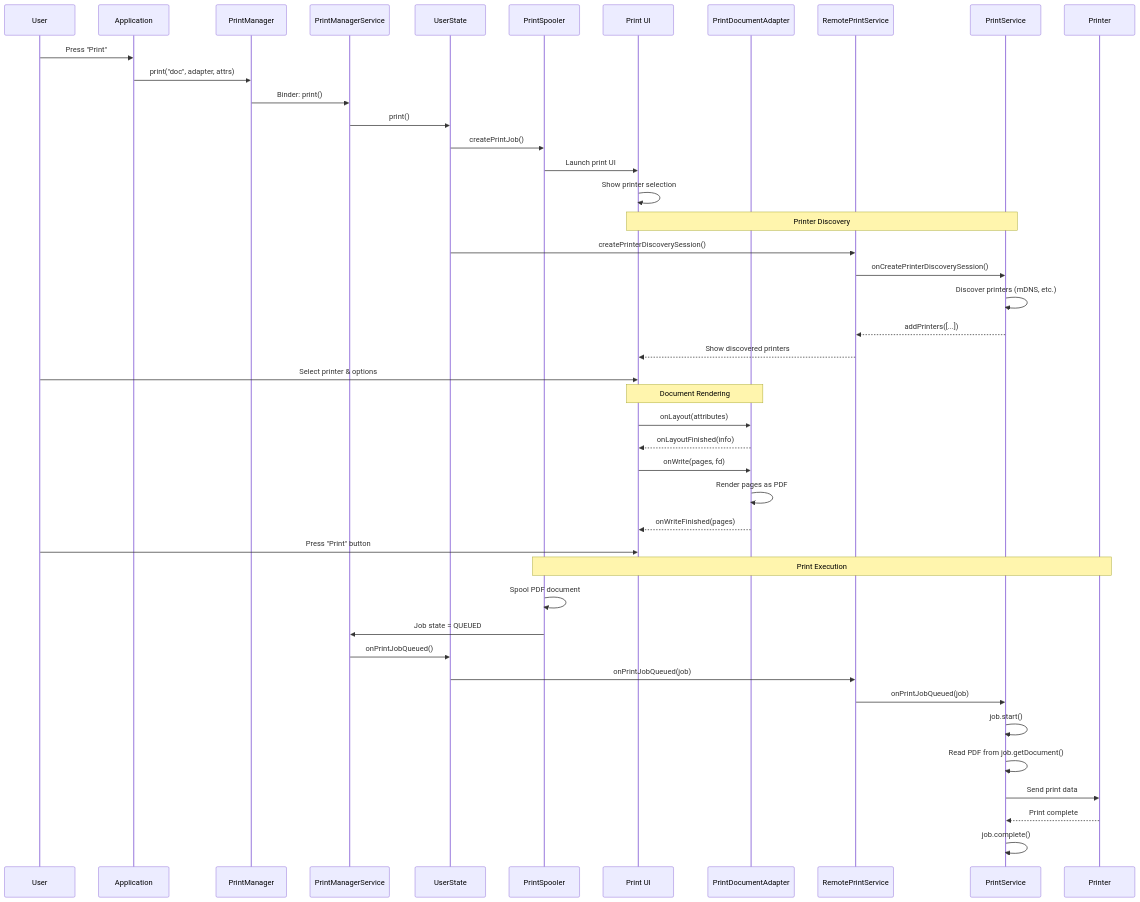
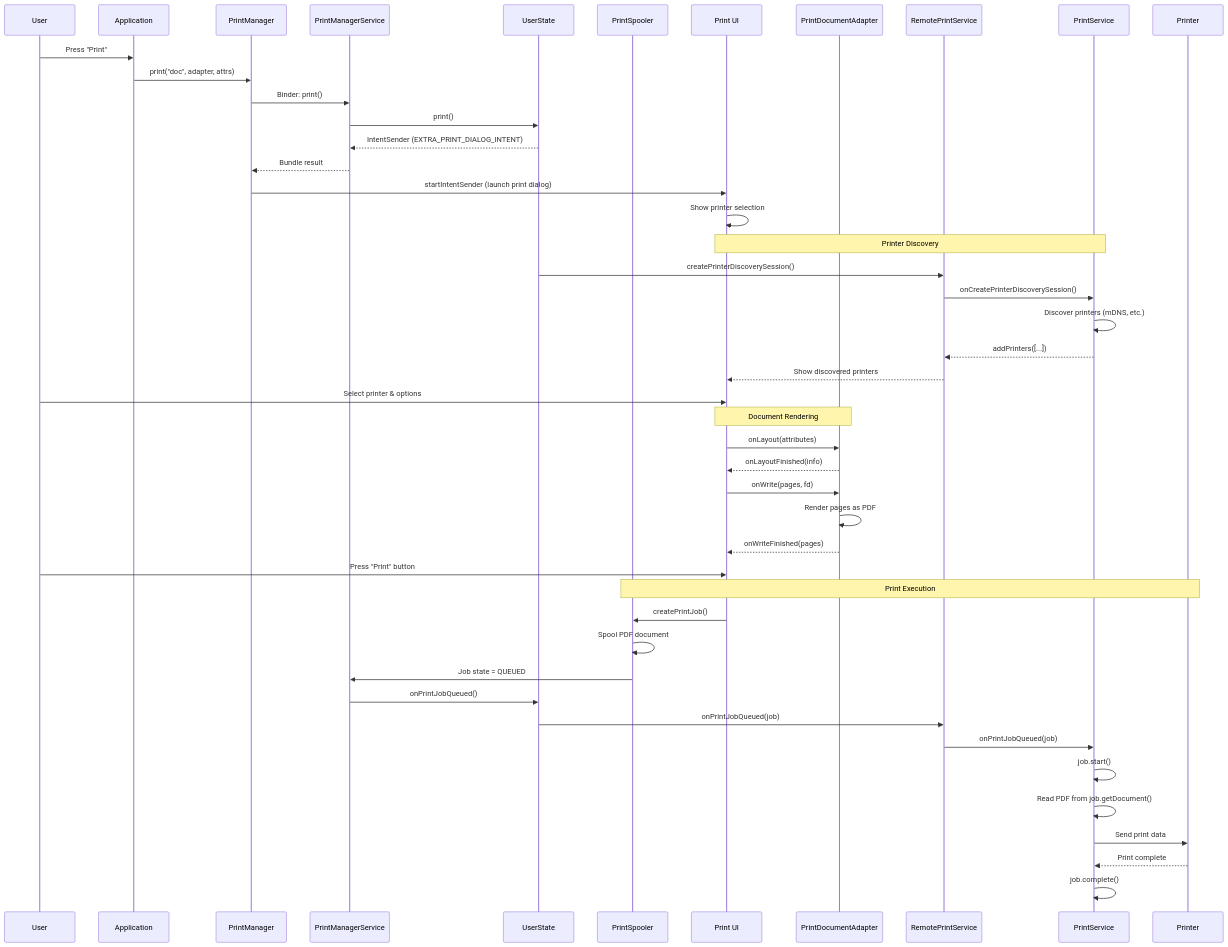
One commit to aospbooks/aosp-internal-book changed diagram 13 of 15 in agents/claude/skills/aosp-device-support/63-print-services.md. Above: the diagram before and after it, drawn with Mermaid. The commit also changed other lines of this file and 218 other files, not shown here.

````diff
--- a/agents/claude/skills/aosp-device-support/63-print-services.md
+++ b/agents/claude/skills/aosp-device-support/63-print-services.md
@@ -1052,54 +1065,56 @@
 ```mermaid
 sequenceDiagram
     participant User
     participant App as Application
     participant PM as PrintManager
     participant PMS as PrintManagerService
     participant US as UserState
     participant SP as PrintSpooler
     participant PUI as Print UI
     participant PDA as PrintDocumentAdapter
     participant RPS as RemotePrintService
     participant PS as PrintService
     participant Printer
 
     User->>App: Press "Print"
     App->>PM: print("doc", adapter, attrs)
     PM->>PMS: Binder: print()
     PMS->>US: print()
-    US->>SP: createPrintJob()
-    SP->>PUI: Launch print UI
+    US-->>PMS: IntentSender (EXTRA_PRINT_DIALOG_INTENT)
+    PMS-->>PM: Bundle result
+    PM->>PUI: startIntentSender (launch print dialog)
 
     PUI->>PUI: Show printer selection
 
     Note over PUI,PS: Printer Discovery
     US->>RPS: createPrinterDiscoverySession()
     RPS->>PS: onCreatePrinterDiscoverySession()
     PS->>PS: Discover printers (mDNS, etc.)
     PS-->>RPS: addPrinters([...])
     RPS-->>PUI: Show discovered printers
 
     User->>PUI: Select printer & options
 
     Note over PUI,PDA: Document Rendering
     PUI->>PDA: onLayout(attributes)
     PDA-->>PUI: onLayoutFinished(info)
     PUI->>PDA: onWrite(pages, fd)
     PDA->>PDA: Render pages as PDF
     PDA-->>PUI: onWriteFinished(pages)
 
     User->>PUI: Press "Print" button
 
     Note over SP,Printer: Print Execution
+    PUI->>SP: createPrintJob()
     SP->>SP: Spool PDF document
     SP->>PMS: Job state = QUEUED
     PMS->>US: onPrintJobQueued()
     US->>RPS: onPrintJobQueued(job)
     RPS->>PS: onPrintJobQueued(job)
 
     PS->>PS: job.start()
     PS->>PS: Read PDF from job.getDocument()
     PS->>Printer: Send print data
     Printer-->>PS: Print complete
     PS->>PS: job.complete()
 ```
````
